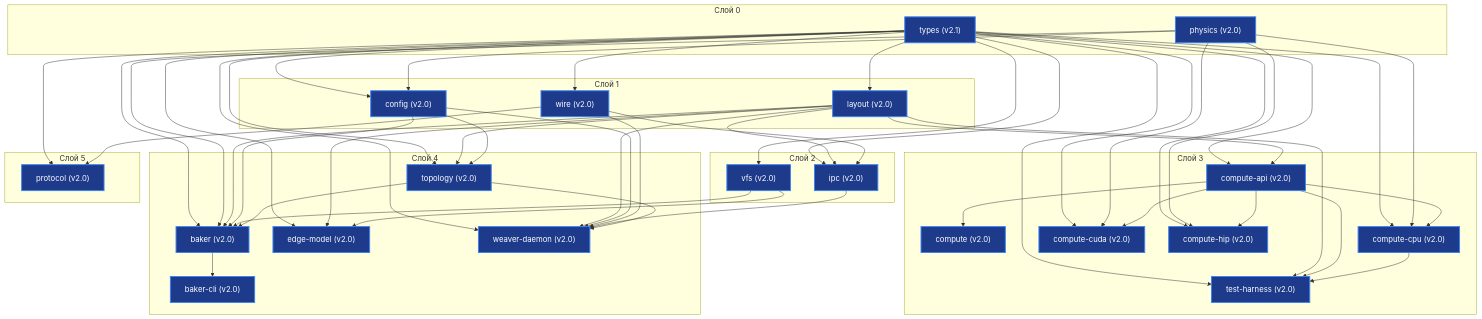
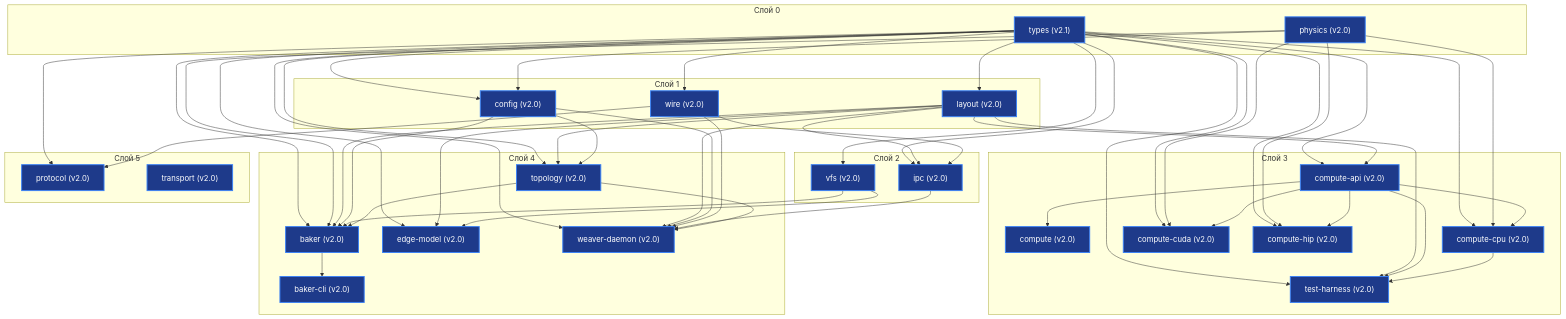
One commit to H4V1K-dev/axicor_enterprise changed the diagram in docs/engine/INDEX.md. Above: the diagram before and after it, drawn with Mermaid. The commit also changed other lines of this file and 1 other file, not shown here.

Commit message:
docs: add transport protocol specification and project documentation index

````diff
--- a/docs/engine/INDEX.md
+++ b/docs/engine/INDEX.md
@@ -38,6 +38,7 @@
     end
     subgraph L5["Слой 5"]
         protocol["protocol (v2.0)"]
+        transport["transport (v2.0)"]
     end
 
     types --> layout
@@ -87,5 +88,5 @@
     compute_cpu --> test_harness
 
     classDef active fill:#1e3a8a,stroke:#3b82f6,stroke-width:2px,color:#fff;
-    class types,physics,layout,config,wire,ipc,vfs,compute_api,compute,compute_cpu,compute_cuda,compute_hip,test_harness,topology,baker,baker_cli,edge_model,weaver_daemon,protocol active;
+    class types,physics,layout,config,wire,ipc,vfs,compute_api,compute,compute_cpu,compute_cuda,compute_hip,test_harness,topology,baker,baker_cli,edge_model,weaver_daemon,protocol,transport active;
 ```
````
